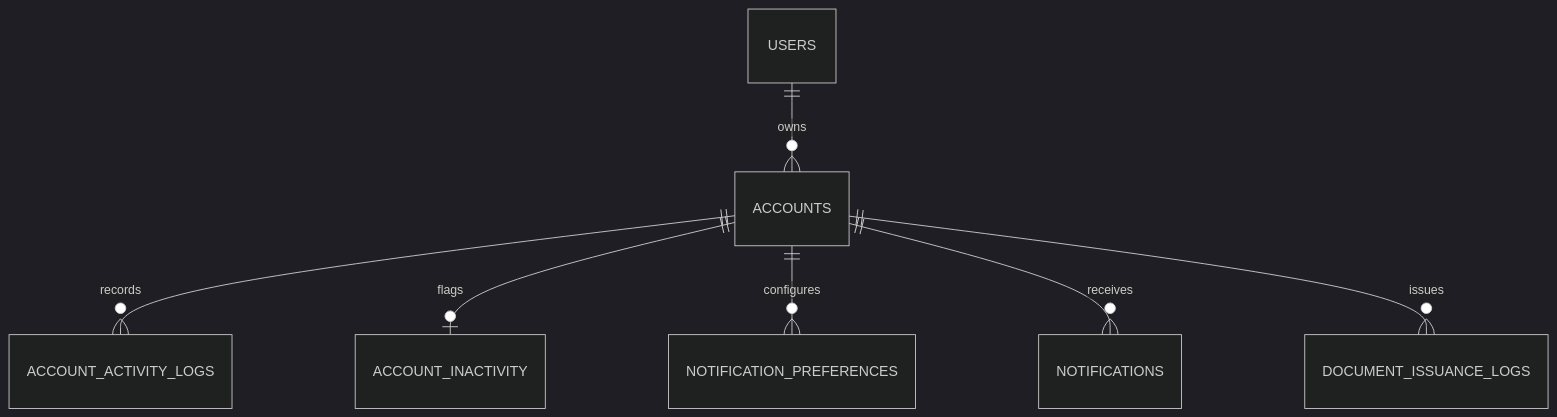
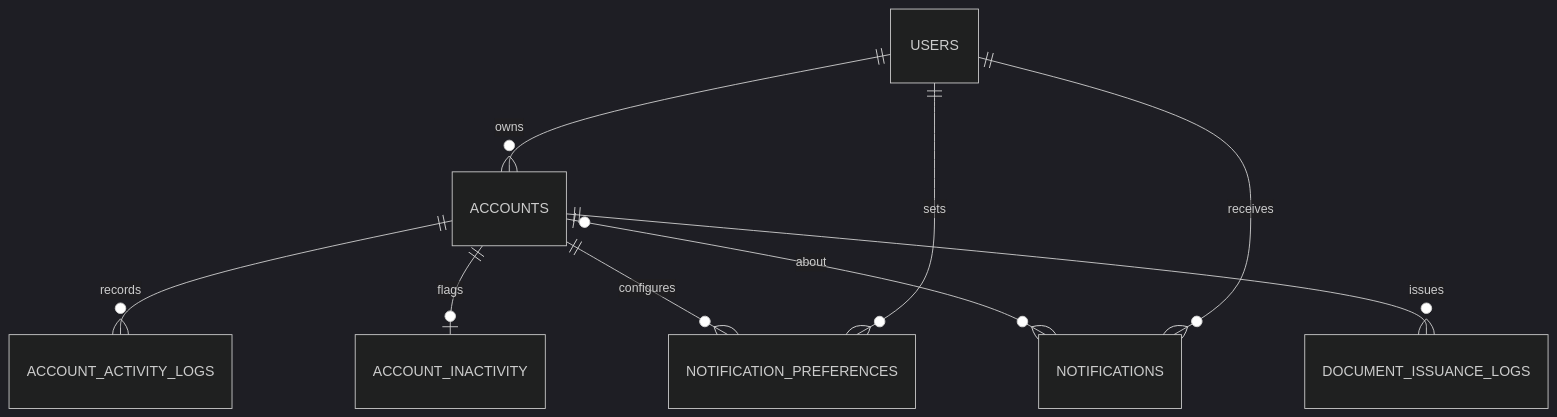
Before and after one commit to yellowgreenbean/midproject_ai_agent: the seventh of 8 diagrams in docs/회원_계좌기능_기획서.md, drawn with Mermaid (dark theme). The commit also changed other lines of this file and 6 other files, not shown here.

````diff
--- a/docs/회원_계좌기능_기획서.md
+++ b/docs/회원_계좌기능_기획서.md
@@ -1632,9 +1645,11 @@
 ```mermaid
 erDiagram
     USERS ||--o{ ACCOUNTS : owns
     ACCOUNTS ||--o{ ACCOUNT_ACTIVITY_LOGS : records
     ACCOUNTS ||--o| ACCOUNT_INACTIVITY : flags
     ACCOUNTS ||--o{ NOTIFICATION_PREFERENCES : configures
-    ACCOUNTS ||--o{ NOTIFICATIONS : receives
+    ACCOUNTS |o--o{ NOTIFICATIONS : about
+    USERS ||--o{ NOTIFICATIONS : receives
+    USERS ||--o{ NOTIFICATION_PREFERENCES : sets
     ACCOUNTS ||--o{ DOCUMENT_ISSUANCE_LOGS : issues
 ```
````
